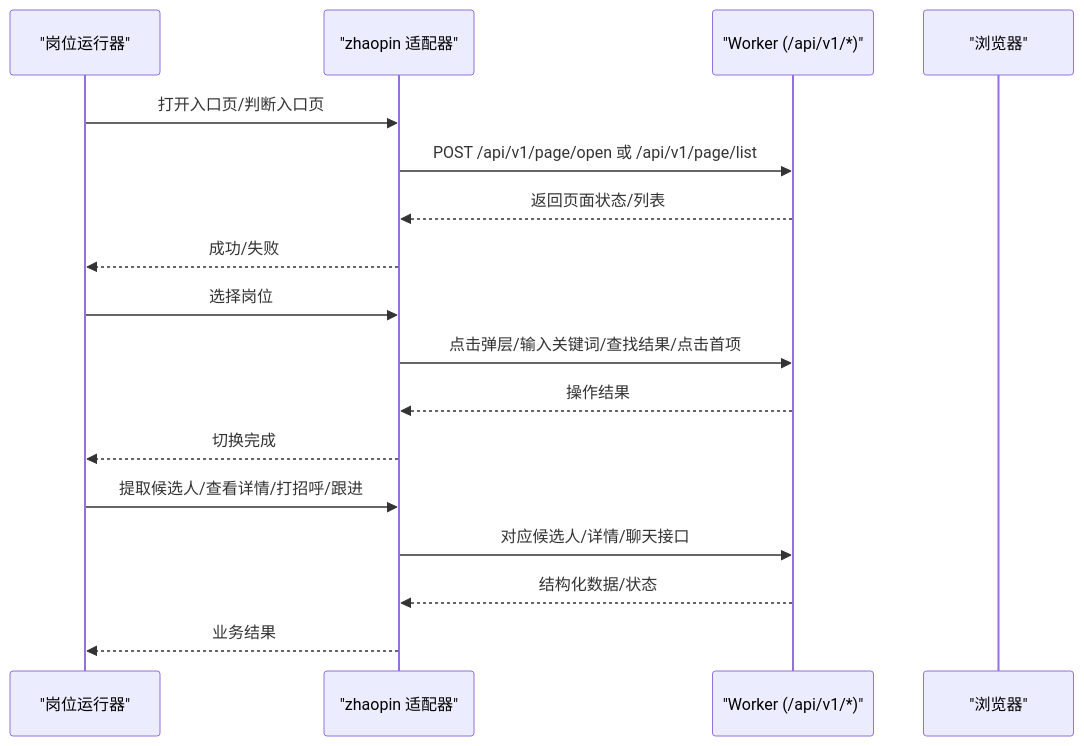
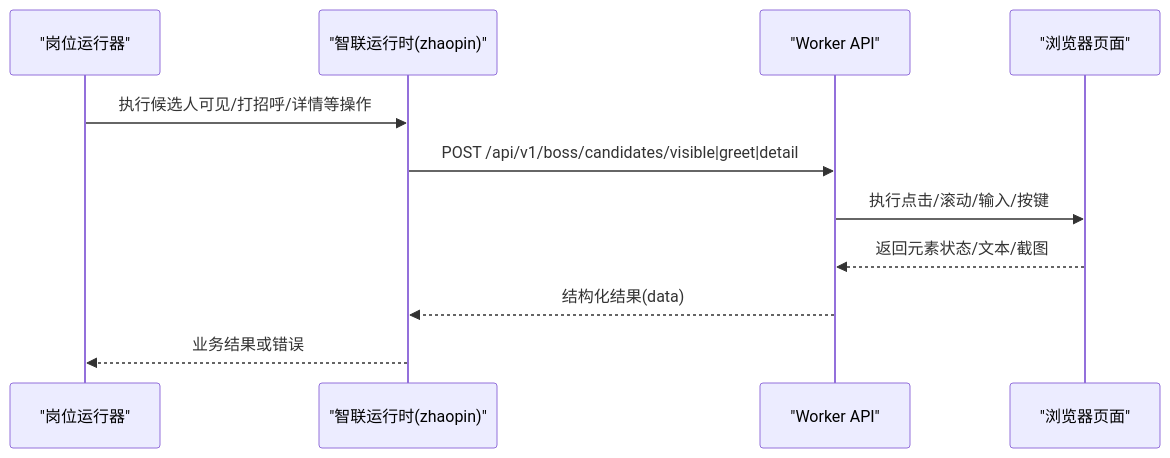
The second of 10 diagrams in .qoder/repowiki/zh/content/系统架构/本地Agent架构/平台适配器系统/前程无忧适配器.md (alvinwangzi/goodhr), drawn with Mermaid before and after one commit. The commit also changed other lines of this file and 149 other files, not shown here.

````diff
--- a/.qoder/repowiki/zh/content/系统架构/本地Agent架构/平台适配器系统/前程无忧适配器.md
+++ b/.qoder/repowiki/zh/content/系统架构/本地Agent架构/平台适配器系统/前程无忧适配器.md
@@ -115,19 +105,13 @@
 ```mermaid
 sequenceDiagram
 participant Runner as "岗位运行器"
-participant ZP as "zhaopin 适配器"
-participant W as "Worker (/api/v1/*)"
-participant Browser as "浏览器"
-Runner->>ZP : 打开入口页/判断入口页
-ZP->>W : POST /api/v1/page/open 或 /api/v1/page/list
-W-->>ZP : 返回页面状态/列表
-ZP-->>Runner : 成功/失败
-Runner->>ZP : 选择岗位
-ZP->>W : 点击弹层/输入关键词/查找结果/点击首项
-W-->>ZP : 操作结果
-ZP-->>Runner : 切换完成
-Runner->>ZP : 提取候选人/查看详情/打招呼/跟进
-ZP->>W : 对应候选人/详情/聊天接口
-W-->>ZP : 结构化数据/状态
-ZP-->>Runner : 业务结果
+participant ZR as "智联运行时(zhaopin)"
+participant W as "Worker API"
+participant Browser as "浏览器页面"
+Runner->>ZR : 执行候选人可见/打招呼/详情等操作
+ZR->>W : POST /api/v1/boss/candidates/visible|greet|detail
+W->>Browser : 执行点击/滚动/输入/按键
+Browser-->>W : 返回元素状态/文本/截图
+W-->>ZR : 结构化结果(data)
+ZR-->>Runner : 业务结果或错误
 ```
````
